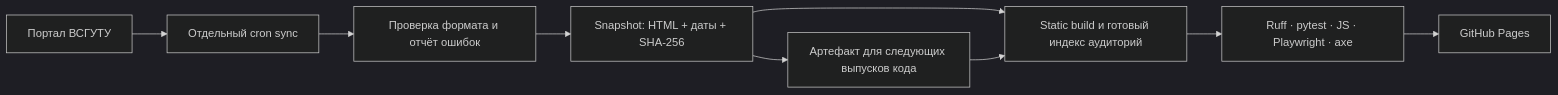
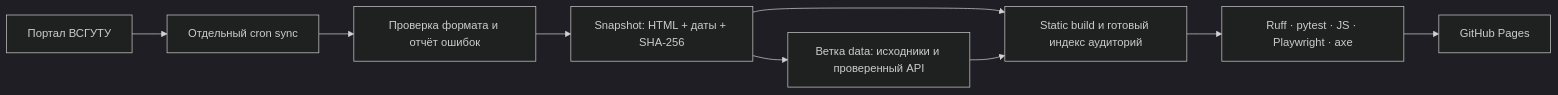
The diagram in README.md (stasdondukov2-sys/esstu-schedule), drawn with Mermaid (dark theme) before and after one commit. The commit also changed other lines of this file and 63 other files, not shown here.

````diff
--- a/README.md
+++ b/README.md
@@ -23,11 +23,11 @@
 ```mermaid
 flowchart LR
     P[Портал ВСГУТУ] --> S[Отдельный cron sync]
     S --> V[Проверка формата и отчёт ошибок]
     V --> D[Snapshot: HTML + даты + SHA-256]
     D --> B[Static build и готовый индекс аудиторий]
     B --> T[Ruff · pytest · JS · Playwright · axe]
     T --> G[GitHub Pages]
-    D --> A[Артефакт для следующих выпусков кода]
+    D --> A[Ветка data: исходники и проверенный API]
     A --> B
 ```
````
